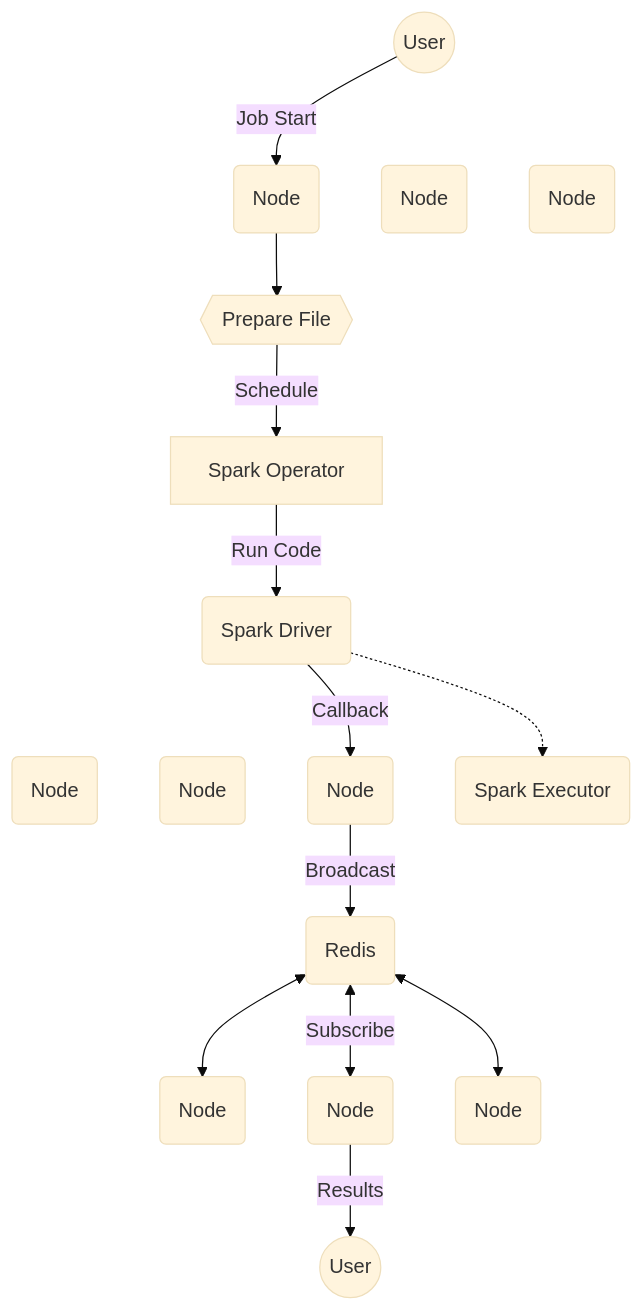
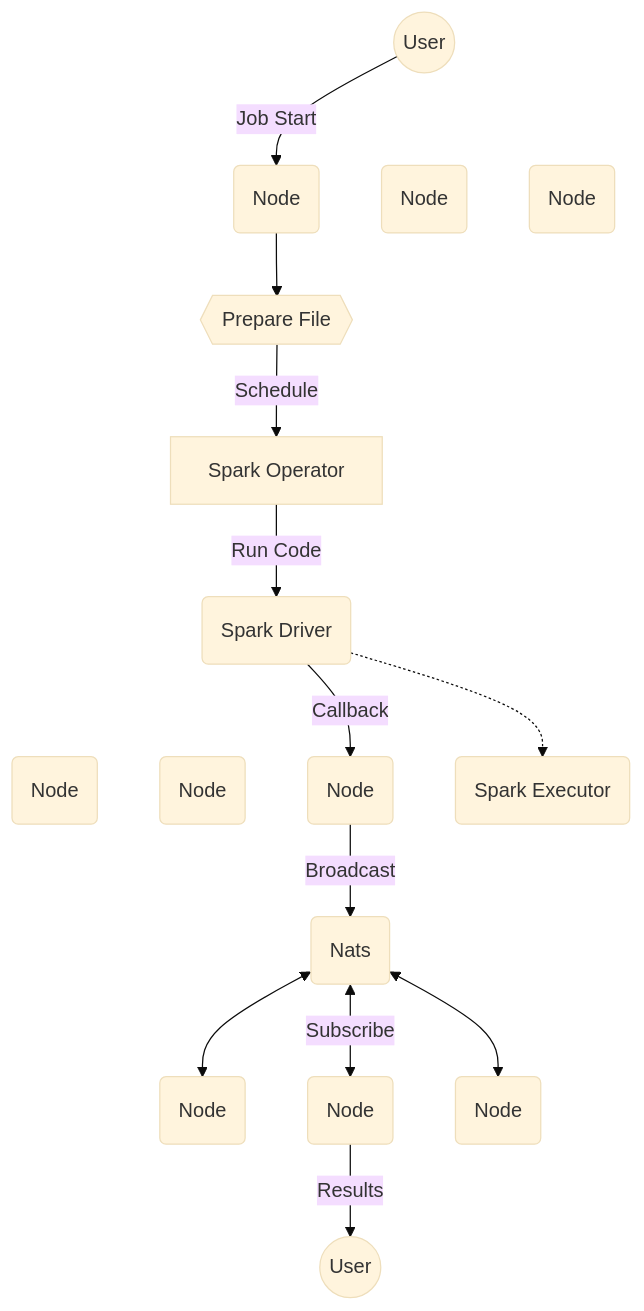
Before and after one commit to IBM/diem: the second of 2 diagrams in applications/diem-help/docs/architecture/execution_flow.md, drawn with Mermaid (base theme). The commit also changed other lines of this file and 13 other files, not shown here.

````diff
--- a/applications/diem-help/docs/architecture/execution_flow.md
+++ b/applications/diem-help/docs/architecture/execution_flow.md
@@ -42,36 +42,36 @@
  ```mermaid
   graph TD
   U1((User))
   U2((User))
   N1(Node)
   N2(Node)
   N3(Node)
   N4(Node)
   N5(Node)
   N6(Node)
   N7(Node)
   N8(Node)
   N9(Node)
   P1(Spark Driver)
   P2(Spark Executor)
-  R1(Redis)
+  R1(Nats)
   U1 -->|Job Start| N1
   U1 -.- N2
   U1 -.- N3
   N1 --> C{{Prepare File}}
   C -->|Schedule| D[Spark Operator]
   D -->|Run Code| P1
   P1 -.-> P2
   P1 -.- N4
   P1 -.- N5
   P1 -->|Callback| N6
   N6 -->|Broadcast| R1
   R1 <--> N7
   R1 <-->|Subscribe| N8
   R1 <--> N9
   N8 -->|Results| U2
   linkStyle 1 display:none;
   linkStyle 2 display:none;
   linkStyle 7 display:none;
   linkStyle 8 display:none;
 ```
````
